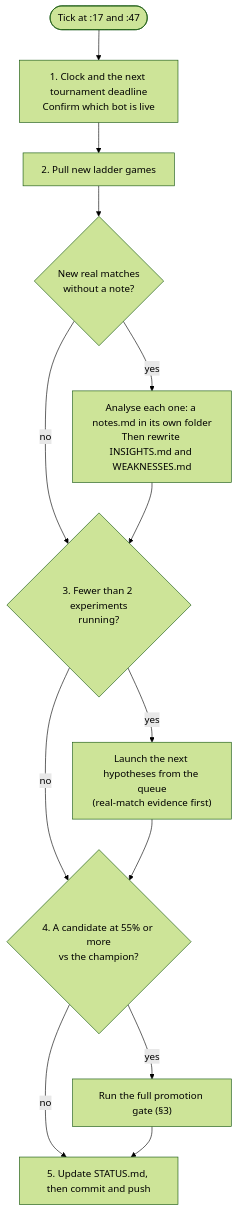
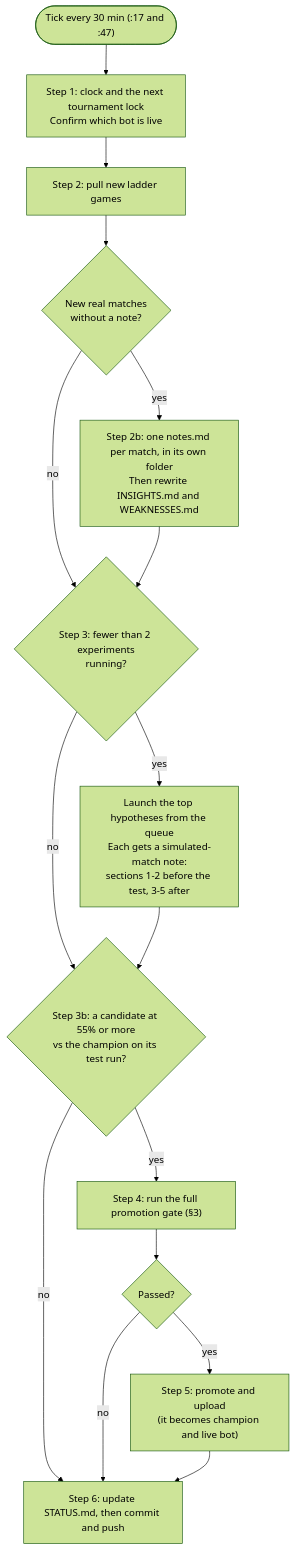
The second of 6 diagrams in README.md (extremefattypunch/Cambridge-BattleCode-Turborecallers-2026), drawn with Mermaid (forest theme) before and after one commit. The commit also changed other lines of this file and 18 other files, not shown here.

Commit message:
Apply the README/workflow review: gate steps (e) old-bot hedge and (f) skeptic in LOOP and README, pre-registered simulated notes (tools/new_sim_note.py), claimed scouting (unscouted.py --claim), safe and bounded organiser and indexes, diagram fixes

````diff
--- a/README.md
+++ b/README.md
@@ -46,15 +50,18 @@
 ```mermaid
 flowchart TD
-    T0(["Tick at :17 and :47"]) --> T1["1. Clock and the next tournament deadline<br/>Confirm which bot is live"]
-    T1 --> T2["2. Pull new ladder games"]
+    T0(["Tick every 30 min (:17 and :47)"]) --> T1["Step 1: clock and the next tournament lock<br/>Confirm which bot is live"]
+    T1 --> T2["Step 2: pull new ladder games"]
     T2 --> Q1{"New real matches<br/>without a note?"}
-    Q1 -- yes --> T2b["Analyse each one: a notes.md in its own folder<br/>Then rewrite INSIGHTS.md and WEAKNESSES.md"]
+    Q1 -- yes --> T2b["Step 2b: one notes.md per match, in its own folder<br/>Then rewrite INSIGHTS.md and WEAKNESSES.md"]
     Q1 -- no --> T3
-    T2b --> T3{"3. Fewer than 2 experiments<br/>running?"}
-    T3 -- yes --> T3b["Launch the next hypotheses from the queue<br/>(real-match evidence first)"]
+    T2b --> T3{"Step 3: fewer than 2 experiments<br/>running?"}
+    T3 -- yes --> T3b["Launch the top hypotheses from the queue<br/>Each gets a simulated-match note:<br/>sections 1-2 before the test, 3-5 after"]
     T3 -- no --> T4
-    T3b --> T4{"4. A candidate at 55% or more<br/>vs the champion?"}
-    T4 -- yes --> T4b["Run the full promotion gate (§3)"]
-    T4 -- no --> T5
-    T4b --> T5["5. Update STATUS.md, then commit and push"]
+    T3b --> T4{"Step 3b: a candidate at 55% or more<br/>vs the champion on its test run?"}
+    T4 -- yes --> T4b["Step 4: run the full promotion gate (§3)"]
+    T4 -- no --> T6
+    T4b --> G{"Passed?"}
+    G -- yes --> T5["Step 5: promote and upload<br/>(it becomes champion and live bot)"]
+    G -- no --> T6
+    T5 --> T6["Step 6: update STATUS.md, then commit and push"]
 ```
````
